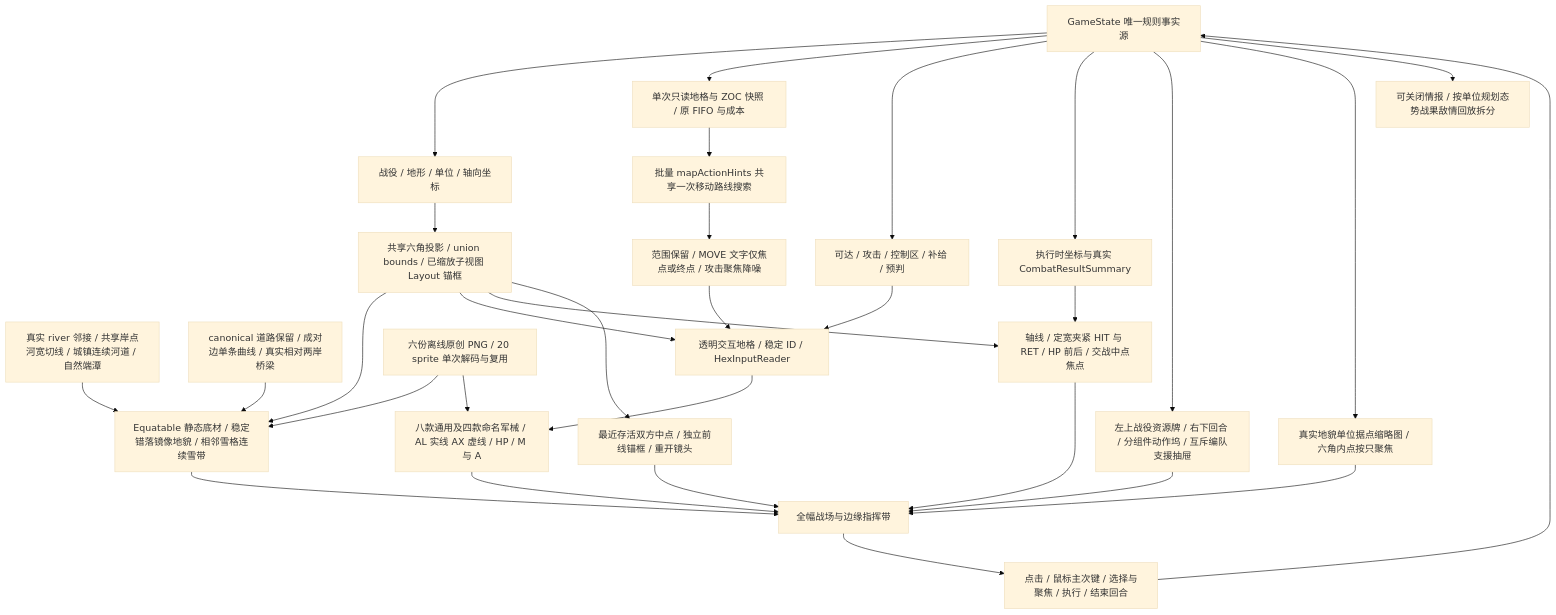
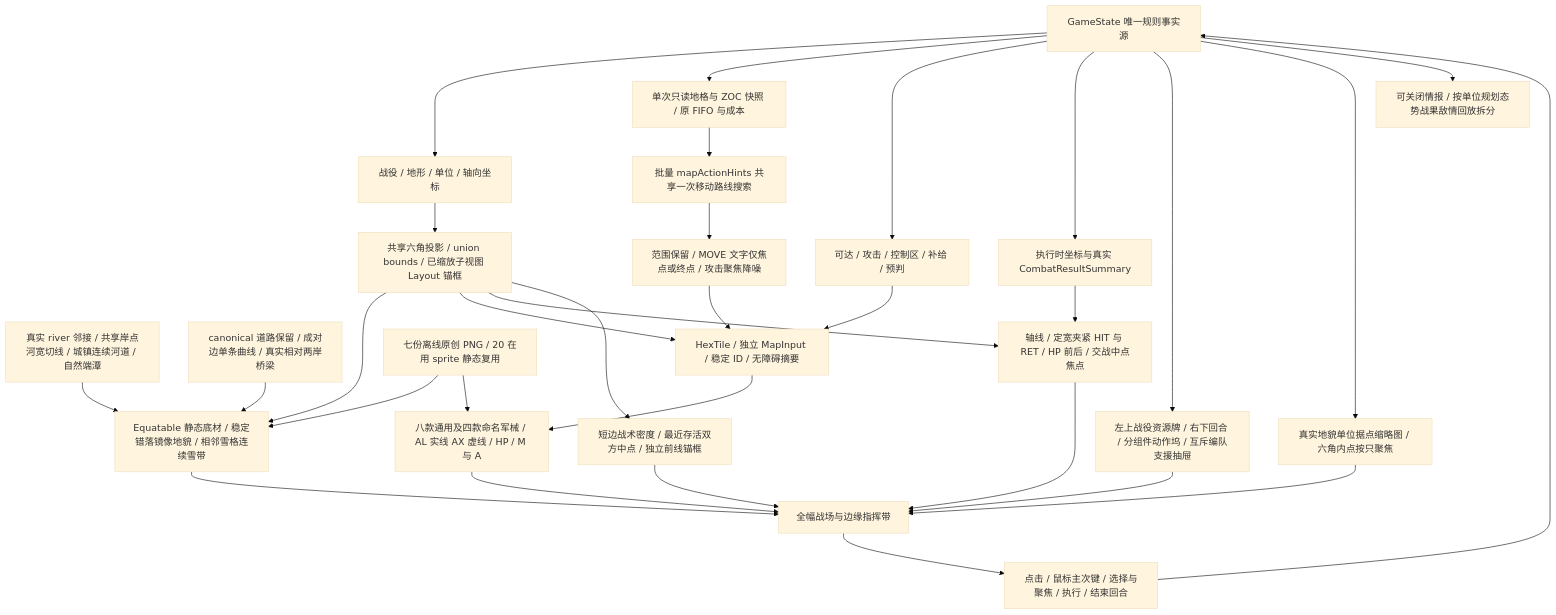
One commit to Altman-sam114/116 changed the first of 3 diagrams in md/flow/flowchart.md. Above: the diagram before and after it, drawn with Mermaid (base theme). The commit also changed other lines of this file and 33 other files, not shown here.

````diff
--- a/md/flow/flowchart.md
+++ b/md/flow/flowchart.md
@@ -5,33 +5,33 @@
 ```mermaid
 flowchart TD
     State[GameState 唯一规则事实源] --> Models[战役 / 地形 / 单位 / 轴向坐标]
     Models --> Layout[共享六角投影 / union bounds / 已缩放子视图 Layout 锚框]
     Layout --> Terrain[Equatable 静态底材 / 稳定错落镜像地貌 / 相邻雪格连续雪带]
     River[真实 river 邻接 / 共享岸点河宽切线 / 城镇连续河道 / 自然端潭] --> Terrain
     Infrastructure[canonical 道路保留 / 成对边单条曲线 / 真实相对两岸桥梁] --> Terrain
-    Layout --> Tiles[透明交互地格 / 稳定 ID / HexInputReader]
+    Layout --> Tiles[HexTile / 独立 MapInput / 稳定 ID / 无障碍摘要]
     State --> Routes[单次只读地格与 ZOC 快照 / 原 FIFO 与成本]
     Routes --> Hints[批量 mapActionHints 共享一次移动路线搜索]
     Hints --> Markers[范围保留 / MOVE 文字仅焦点或终点 / 攻击聚焦降噪]
     Markers --> Tiles
     State --> Rules[可达 / 攻击 / 控制区 / 补给 / 预判]
     Rules --> Tiles
-    Artwork[六份离线原创 PNG / 20 sprite 单次解码与复用] --> Terrain
+    Artwork[七份离线原创 PNG / 20 在用 sprite 静态复用] --> Terrain
     Artwork --> Units[八款通用及四款命名军械 / AL 实线 AX 虚线 / HP / M 与 A]
     Tiles --> Units
     State --> Result[执行时坐标与真实 CombatResultSummary]
     Layout --> Feedback[轴线 / 定宽夹紧 HIT 与 RET / HP 前后 / 交战中点焦点]
     Result --> Feedback
     Terrain --> Screen[全幅战场与边缘指挥带]
     Units --> Screen
     Feedback --> Screen
     State --> Deck[左上战役资源牌 / 右下回合 / 分组件动作坞 / 互斥编队支援抽屉]
     Deck --> Screen
     State --> Overview[真实地貌单位据点缩略图 / 六角内点按只聚焦]
     Overview --> Screen
-    Layout --> Camera[最近存活双方中点 / 独立前线锚框 / 重开镜头]
+    Layout --> Camera[短边战术密度 / 最近存活双方中点 / 独立前线锚框]
     Camera --> Screen
     Screen --> Input[点击 / 鼠标主次键 / 选择与聚焦 / 执行 / 结束回合]
     Input --> State
     State --> Inspector[可关闭情报 / 按单位规划态势战果敌情回放拆分]
 ```
````
